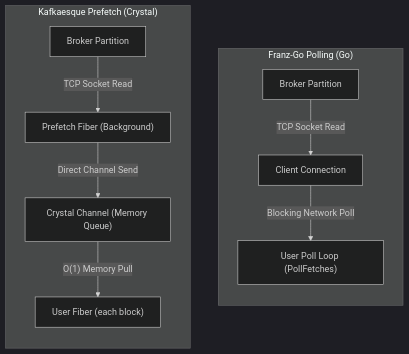
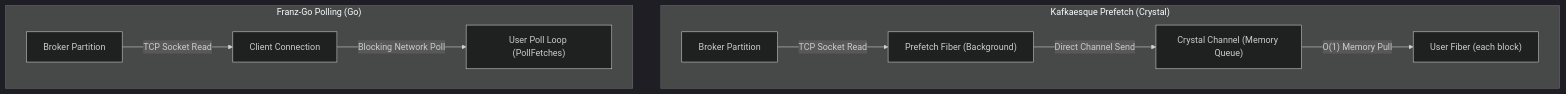
Before and after one commit to eltony81/kafkaesque: the diagram in readme.md, drawn with Mermaid (dark theme).

Commit message:
docs: adjust consumer flow diagrams to use graph TD without cross-subgraph links for side-by-side vertical layouts

````diff
--- a/readme.md
+++ b/readme.md
@@ -880,18 +880,13 @@
 ```mermaid
-graph LR
+graph TD
     subgraph "Kafkaesque Prefetch (Crystal)"
-        direction TB
         K_Broker[Broker Partition] -->|TCP Socket Read| K_Prefetch["Prefetch Fiber (Background)"]
         K_Prefetch -->|Direct Channel Send| K_Channel["Crystal Channel (Memory Queue)"]
         K_Channel -->|"O(1) Memory Pull"| K_User["User Fiber (each block)"]
     end
 
     subgraph "Franz-Go Polling (Go)"
-        direction TB
         G_Broker[Broker Partition] -->|TCP Socket Read| G_Client[Client Connection]
         G_Client -->|Blocking Network Poll| G_User["User Poll Loop (PollFetches)"]
     end
-
-    K_Broker --> G_Broker
-    linkStyle 5 stroke:#0000,stroke-width:0px;
 ```
````
